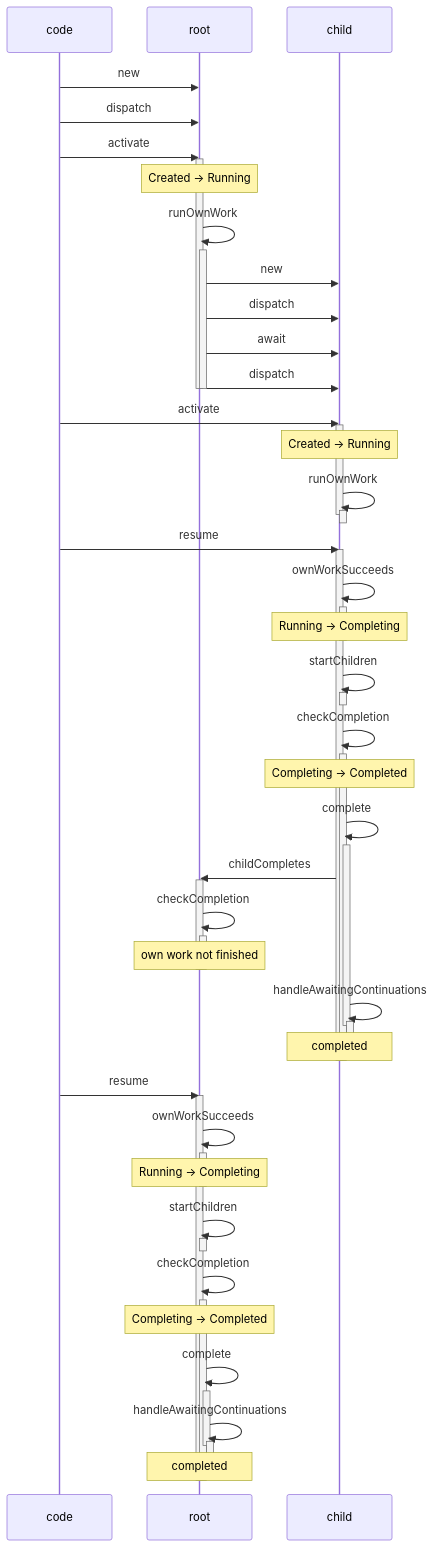
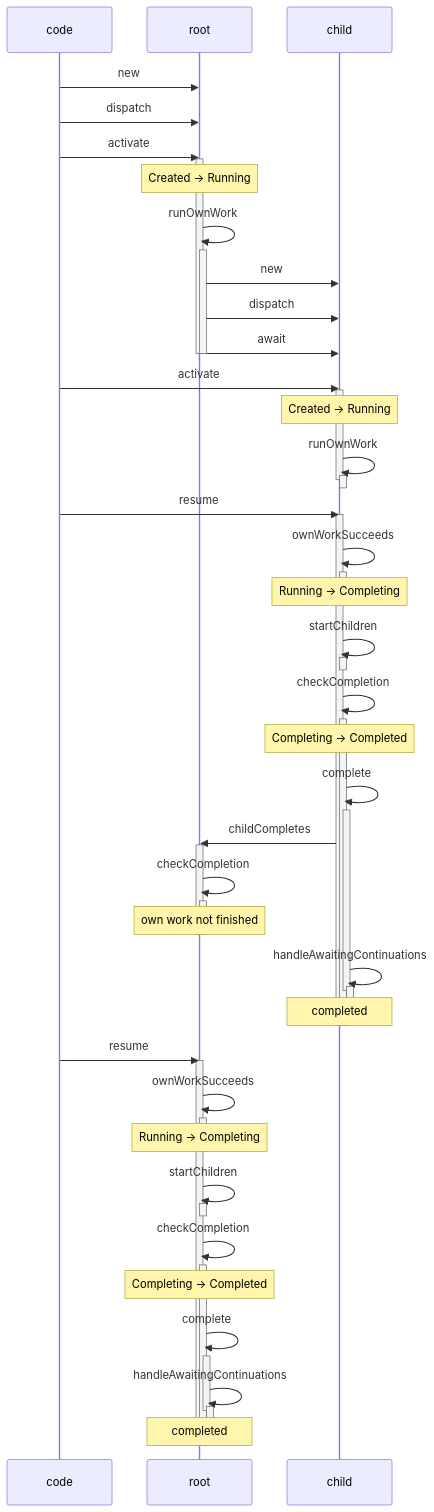
One commit to HaxeFoundation/hxcoro changed the first of 4 diagrams in examples/task-trace/diagrams.md. Above: the diagram before and after it, drawn with Mermaid. The commit also changed other lines of this file, not shown here.

First line of the commit message:
Regenerate the diagrams: a task is dispatched once now

````diff
--- a/examples/task-trace/diagrams.md
+++ b/examples/task-trace/diagrams.md
@@ -11,75 +11,74 @@
 ```mermaid
 sequenceDiagram
     participant code
     participant T1 as root
     participant T2 as child
     code->>T1: new
     code->>T1: dispatch
     code->>T1: activate
     activate T1
     Note over T1: Created → Running
     T1->>T1: runOwnWork
     activate T1
     T1->>T2: new
     T1->>T2: dispatch
     T1->>T2: await
-    T1->>T2: dispatch
     deactivate T1
     deactivate T1
     code->>T2: activate
     activate T2
     Note over T2: Created → Running
     T2->>T2: runOwnWork
     activate T2
     deactivate T2
     deactivate T2
     code->>T2: resume
     activate T2
     T2->>T2: ownWorkSucceeds
     activate T2
     Note over T2: Running → Completing
     deactivate T2
     T2->>T2: startChildren
     activate T2
     deactivate T2
     T2->>T2: checkCompletion
     activate T2
     Note over T2: Completing → Completed
     T2->>T2: complete
     activate T2
     T2->>T1: childCompletes
     activate T1
     T1->>T1: checkCompletion
     activate T1
     Note over T1: own work not finished
     deactivate T1
     deactivate T1
     T2->>T2: handleAwaitingContinuations
     activate T2
     deactivate T2
     deactivate T2
     Note over T2: completed
     deactivate T2
     deactivate T2
     code->>T1: resume
     activate T1
     T1->>T1: ownWorkSucceeds
     activate T1
     Note over T1: Running → Completing
     deactivate T1
     T1->>T1: startChildren
     activate T1
     deactivate T1
     T1->>T1: checkCompletion
     activate T1
     Note over T1: Completing → Completed
     T1->>T1: complete
     activate T1
     T1->>T1: handleAwaitingContinuations
     activate T1
     deactivate T1
     deactivate T1
     Note over T1: completed
     deactivate T1
     deactivate T1
 ```
````
